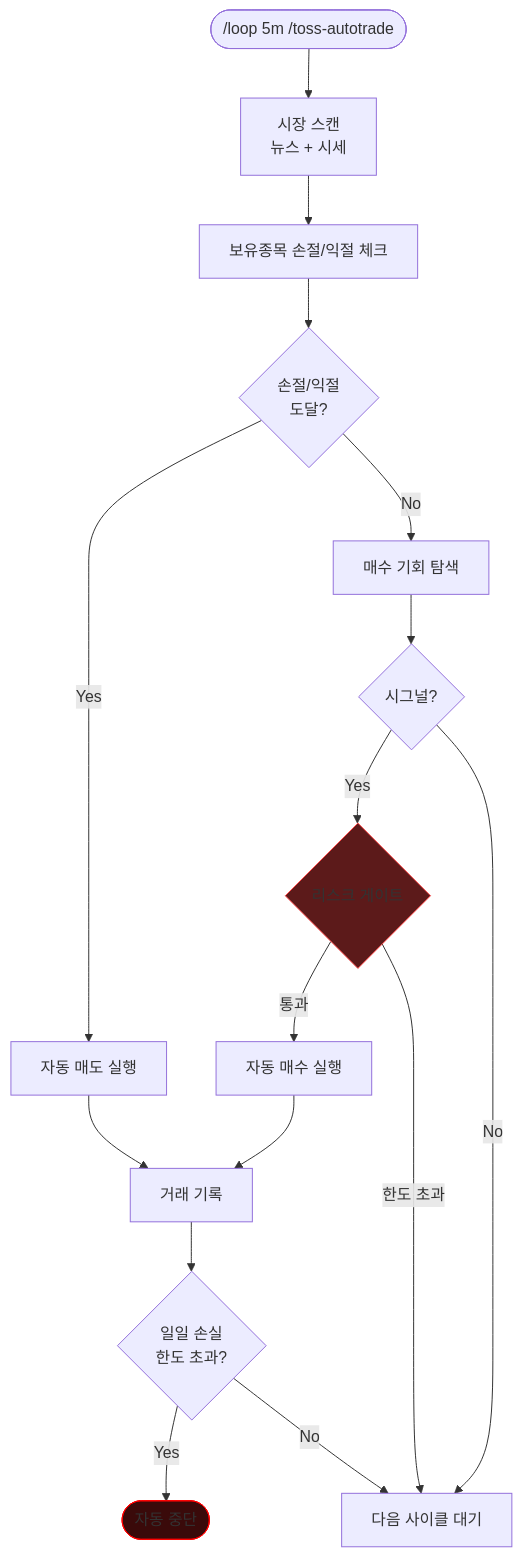
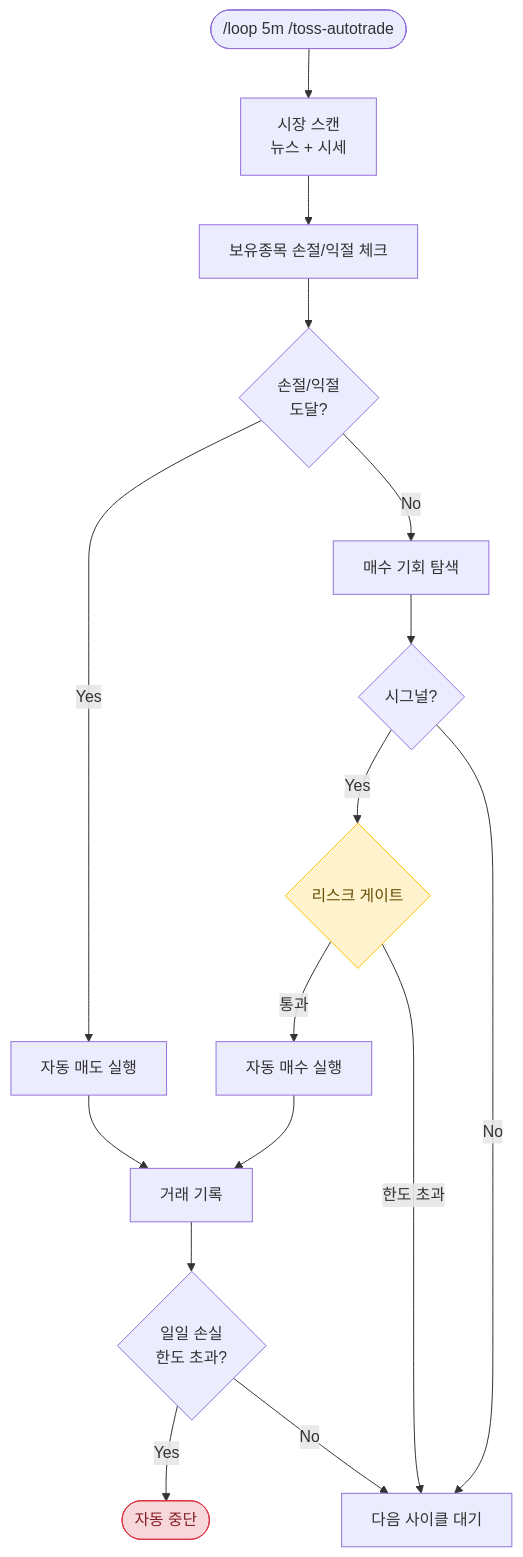
Before and after one commit to Aiden-Kwak/toss-trading-system: the third of 3 diagrams in README.md, drawn with Mermaid. The commit also changed 2 other files, not shown here.

Commit message:
Fix mermaid diagram colors for readability
어두운 빨간색 배경(#3a0a0a, #5c1a1a)을 밝은 파스텔 톤으로 변경.
리스크 게이트: 노란색 경고, 중단: 밝은 분홍, Phase별 구분 색상 개선.

````diff
--- a/README.md
+++ b/README.md
@@ -120,21 +120,21 @@
 ```mermaid
 flowchart TD
     START(["/loop 5m /toss-autotrade"]) --> SCAN["시장 스캔\n뉴스 + 시세"]
     SCAN --> CHECK["보유종목 손절/익절 체크"]
     CHECK --> SL{"손절/익절\n도달?"}
     SL -- Yes --> AUTO_SELL["자동 매도 실행"]
     SL -- No --> OPPORTUNITY["매수 기회 탐색"]
     OPPORTUNITY --> SIGNAL{"시그널?"}
     SIGNAL -- No --> WAIT["다음 사이클 대기"]
     SIGNAL -- Yes --> GATE{"리스크 게이트"}
     GATE -- "한도 초과" --> WAIT
     GATE -- "통과" --> AUTO_BUY["자동 매수 실행"]
     AUTO_BUY --> LOG["거래 기록"]
     AUTO_SELL --> LOG
     LOG --> DAILY{"일일 손실\n한도 초과?"}
     DAILY -- Yes --> HALT(["자동 중단"])
     DAILY -- No --> WAIT
 
-    style HALT fill:#3a0a0a,stroke:#ff0000
-    style GATE fill:#5c1a1a,stroke:#ff4a4a
+    style HALT fill:#f8d7da,stroke:#dc3545,color:#842029
+    style GATE fill:#fff3cd,stroke:#ffc107,color:#664d03
 ```
````
